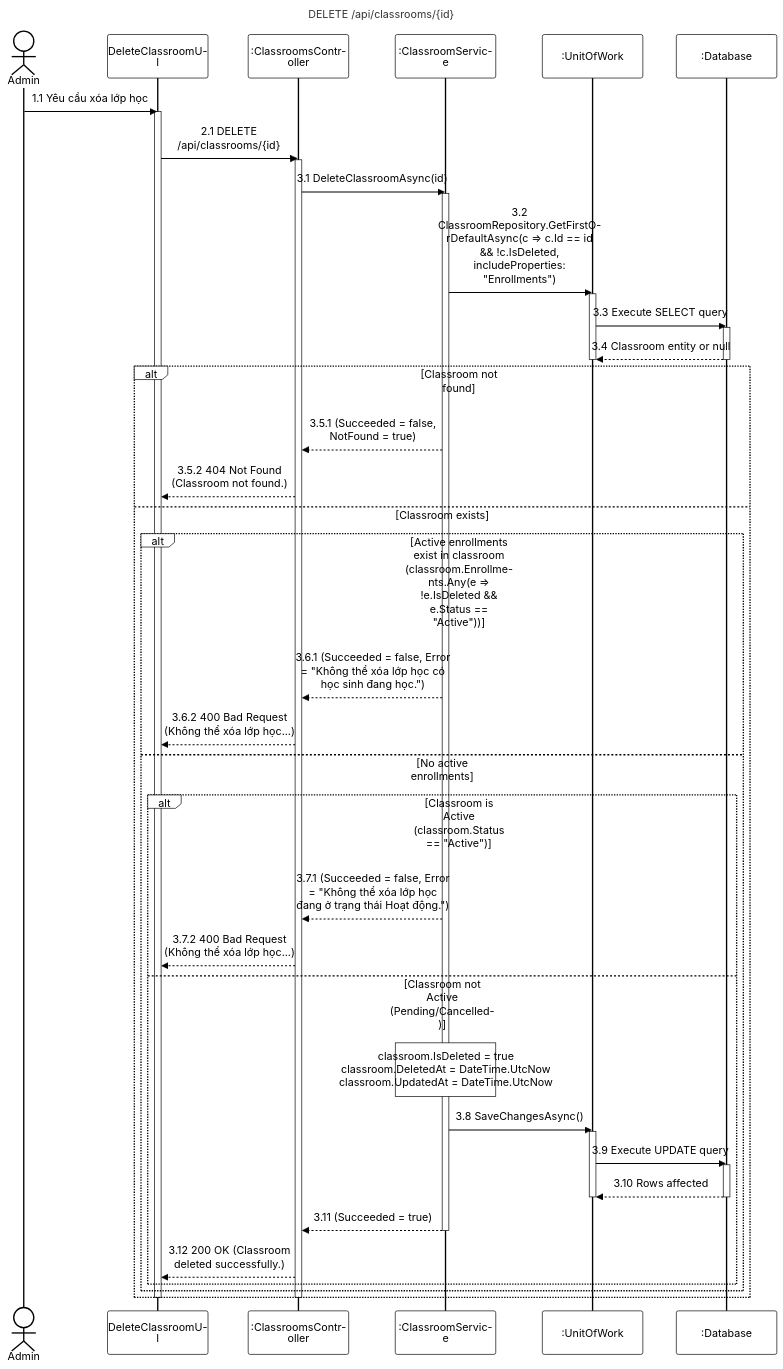
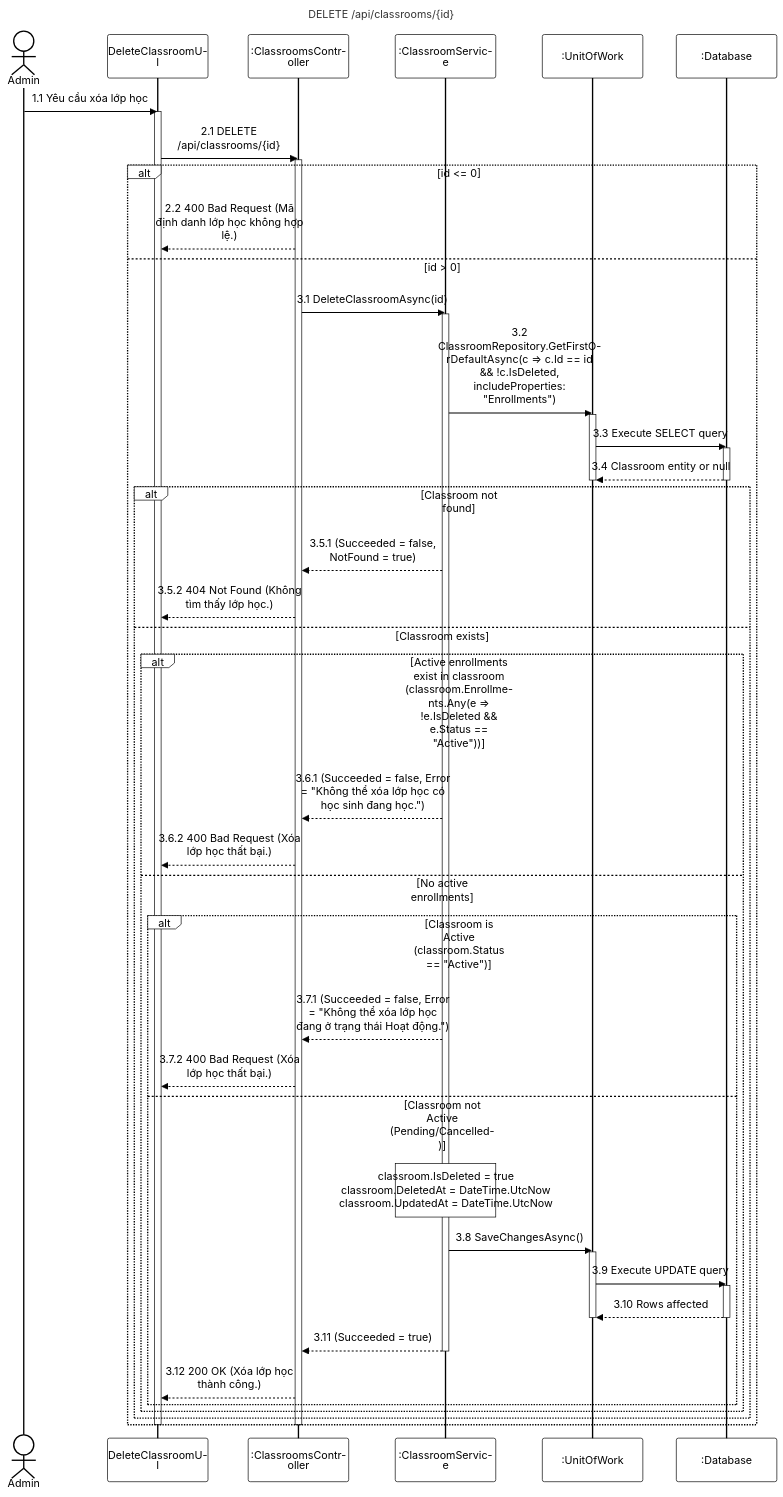
One commit to PhucAnDev/docx-diagram changed the diagram in 03-classroom-management/sequence-diagram/apis/delete-classroom.mmd. Above: the diagram before and after it, drawn with Mermaid. The commit also changed 1 other file, not shown here.

Commit message:
fix: update delete-classroom diagram to handle id validation, correct not found message, and correct response messages

```diff
--- a/03-classroom-management/sequence-diagram/apis/delete-classroom.mmd
+++ b/03-classroom-management/sequence-diagram/apis/delete-classroom.mmd
@@ -1,56 +1,60 @@
 %%{init: {'theme':'base', 'themeVariables': {'actorBkg':'#ffffff','actorBorder':'#000000','actorTextColor':'#000000','actorLineColor':'#000000','signalColor':'#000000','signalTextColor':'#000000','labelBoxBkgColor':'#ffffff','labelBoxBorderColor':'#000000','labelTextColor':'#000000','loopTextColor':'#000000','noteBkgColor':'#ffffff','noteBorderColor':'#000000','noteTextColor':'#000000','activationBorderColor':'#000000','activationBkgColor':'#ffffff','sequenceNumberColor':'#000000'}, 'sequence': {'width':150,'height':65,'actorFontSize':16,'messageFontSize':16,'wrap':true,'wrapPadding':10}}}%%
 sequenceDiagram
     title DELETE /api/classrooms/{id}
     actor Admin as Admin
     participant UI as DeleteClassroomUI
     participant Endpoint as :ClassroomsController
     participant Service as :ClassroomService
     participant DB as :UnitOfWork
     participant Database as :Database
 
     Admin->>UI: 1.1 Yêu cầu xóa lớp học
     activate UI
     UI->>Endpoint: 2.1 DELETE /api/classrooms/{id}
     activate Endpoint
 
-    Endpoint->>Service: 3.1 DeleteClassroomAsync(id)
-    activate Service
+    alt id <= 0
+        Endpoint-->>UI: 2.2 400 Bad Request (Mã định danh lớp học không hợp lệ.)
+    else id > 0
+        Endpoint->>Service: 3.1 DeleteClassroomAsync(id)
+        activate Service
 
-    Service->>DB: 3.2 ClassroomRepository.GetFirstOrDefaultAsync(c => c.Id == id && !c.IsDeleted, includeProperties: "Enrollments")
-    activate DB
-    DB->>Database: 3.3 Execute SELECT query
-    activate Database
-    Database-->>DB: 3.4 Classroom entity or null
-    deactivate Database
-    deactivate DB
+        Service->>DB: 3.2 ClassroomRepository.GetFirstOrDefaultAsync(c => c.Id == id && !c.IsDeleted, includeProperties: "Enrollments")
+        activate DB
+        DB->>Database: 3.3 Execute SELECT query
+        activate Database
+        Database-->>DB: 3.4 Classroom entity or null
+        deactivate Database
+        deactivate DB
 
-    alt Classroom not found
-        Service-->>Endpoint: 3.5.1 (Succeeded = false, NotFound = true)
-        Endpoint-->>UI: 3.5.2 404 Not Found (Classroom not found.)
-    else Classroom exists
-        alt Active enrollments exist in classroom (classroom.Enrollments.Any(e => !e.IsDeleted && e.Status == "Active"))
-            Service-->>Endpoint: 3.6.1 (Succeeded = false, Error = "Không thể xóa lớp học có học sinh đang học.")
-            Endpoint-->>UI: 3.6.2 400 Bad Request (Không thể xóa lớp học...)
-        else No active enrollments
-            alt Classroom is Active (classroom.Status == "Active")
-                Service-->>Endpoint: 3.7.1 (Succeeded = false, Error = "Không thể xóa lớp học đang ở trạng thái Hoạt động.")
-                Endpoint-->>UI: 3.7.2 400 Bad Request (Không thể xóa lớp học...)
-            else Classroom not Active (Pending/Cancelled)
-                note over Service: classroom.IsDeleted = true<br/>classroom.DeletedAt = DateTime.UtcNow<br/>classroom.UpdatedAt = DateTime.UtcNow
+        alt Classroom not found
+            Service-->>Endpoint: 3.5.1 (Succeeded = false, NotFound = true)
+            Endpoint-->>UI: 3.5.2 404 Not Found (Không tìm thấy lớp học.)
+        else Classroom exists
+            alt Active enrollments exist in classroom (classroom.Enrollments.Any(e => !e.IsDeleted && e.Status == "Active"))
+                Service-->>Endpoint: 3.6.1 (Succeeded = false, Error = "Không thể xóa lớp học có học sinh đang học.")
+                Endpoint-->>UI: 3.6.2 400 Bad Request (Xóa lớp học thất bại.)
+            else No active enrollments
+                alt Classroom is Active (classroom.Status == "Active")
+                    Service-->>Endpoint: 3.7.1 (Succeeded = false, Error = "Không thể xóa lớp học đang ở trạng thái Hoạt động.")
+                    Endpoint-->>UI: 3.7.2 400 Bad Request (Xóa lớp học thất bại.)
+                else Classroom not Active (Pending/Cancelled)
+                    note over Service: classroom.IsDeleted = true<br/>classroom.DeletedAt = DateTime.UtcNow<br/>classroom.UpdatedAt = DateTime.UtcNow
 
-                Service->>DB: 3.8 SaveChangesAsync()
-                activate DB
-                DB->>Database: 3.9 Execute UPDATE query
-                activate Database
-                Database-->>DB: 3.10 Rows affected
-                deactivate Database
-                deactivate DB
+                    Service->>DB: 3.8 SaveChangesAsync()
+                    activate DB
+                    DB->>Database: 3.9 Execute UPDATE query
+                    activate Database
+                    Database-->>DB: 3.10 Rows affected
+                    deactivate Database
+                    deactivate DB
 
-                Service-->>Endpoint: 3.11 (Succeeded = true)
-                deactivate Service
-                Endpoint-->>UI: 3.12 200 OK (Classroom deleted successfully.)
+                    Service-->>Endpoint: 3.11 (Succeeded = true)
+                    deactivate Service
+                    Endpoint-->>UI: 3.12 200 OK (Xóa lớp học thành công.)
+                end
             end
         end
     end
     deactivate Endpoint
     deactivate UI
```
